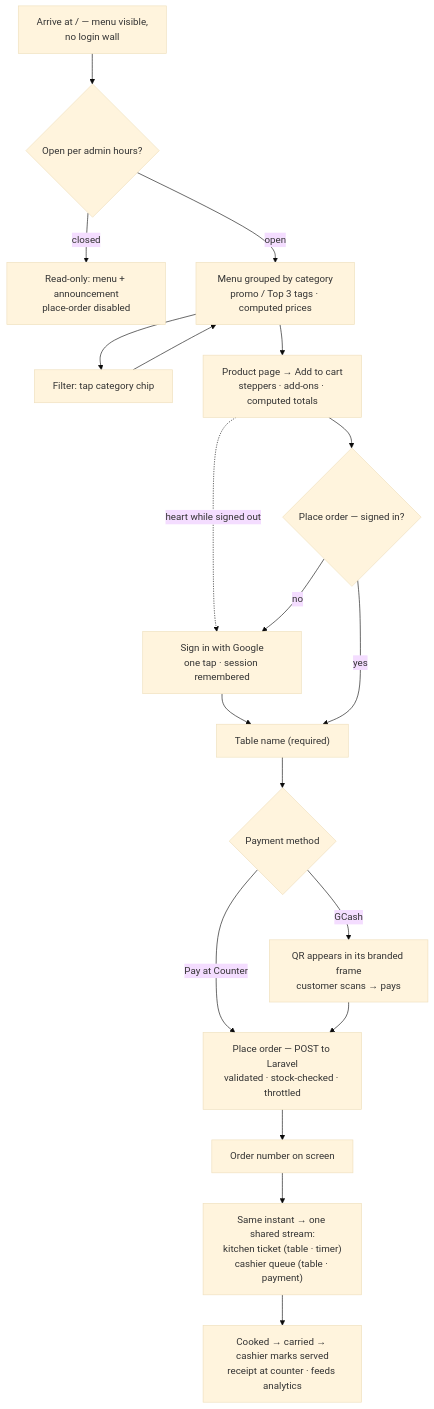
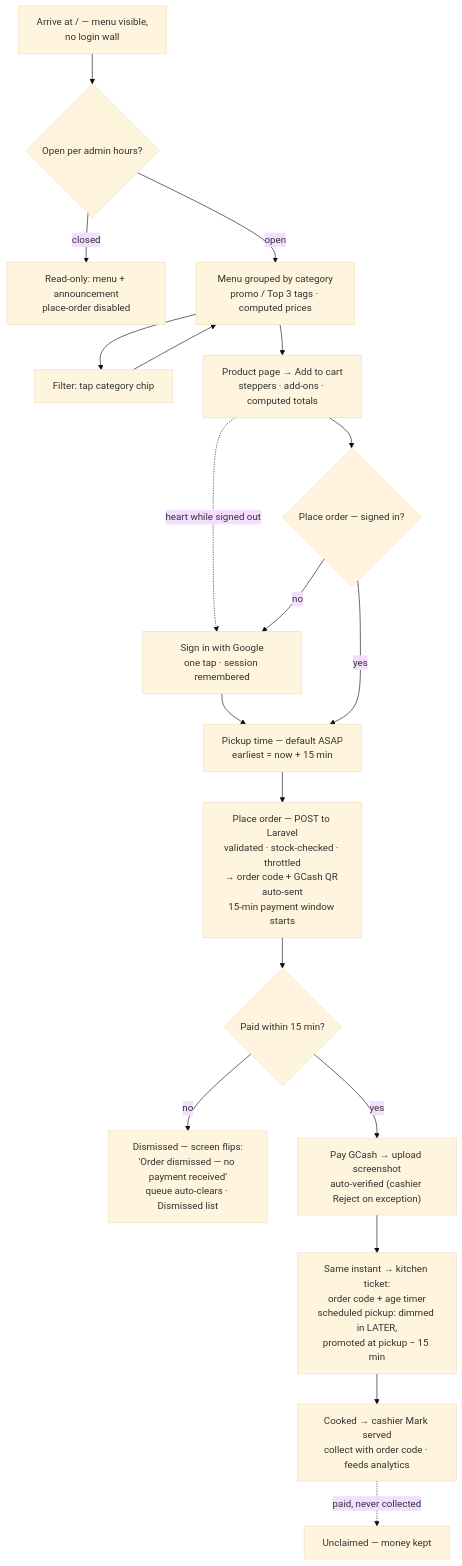
Before and after one commit to S1NXIAN/CRNP: the diagram in docs/flow-charts/customer.md, drawn with Mermaid (base theme). The commit also changed other lines of this file and 3 other files, not shown here.

First line of the commit message:
docs(plan): redesign checkout as pickup GCash flow

````diff
--- a/docs/flow-charts/customer.md
+++ b/docs/flow-charts/customer.md
@@ -5,21 +6,21 @@
 ```mermaid
 flowchart TD
     A["Arrive at / — menu visible,<br/>no login wall"] --> B{"Open per admin hours?"}
     B -->|"closed"| C["Read-only: menu + announcement<br/>place-order disabled"]
     B -->|"open"| D["Menu grouped by category<br/>promo / Top 3 tags · computed prices"]
     D --> E["Filter: tap category chip"]
     E --> D
     D --> F["Product page → Add to cart<br/>steppers · add-ons · computed totals"]
     F -.->|"heart while signed out"| G
     F --> H{"Place order — signed in?"}
     H -->|"no"| G["Sign in with Google<br/>one tap · session remembered"]
-    G --> I["Table name (required)"]
+    G --> I["Pickup time — default ASAP<br/>earliest = now + 15 min"]
     H -->|"yes"| I
-    I --> J{"Payment method"}
-    J -->|"Pay at Counter"| K["Place order — POST to Laravel<br/>validated · stock-checked · throttled"]
-    J -->|"GCash"| L["QR appears in its branded frame<br/>customer scans → pays"]
-    L --> K
-    K --> M["Order number on screen"]
-    M --> N["Same instant → one shared stream:<br/>kitchen ticket (table · timer)<br/>cashier queue (table · payment)"]
-    N --> O["Cooked → carried → cashier marks served<br/>receipt at counter · feeds analytics"]
+    I --> J["Place order — POST to Laravel<br/>validated · stock-checked · throttled<br/>→ order code + GCash QR auto-sent<br/>15-min payment window starts"]
+    J --> K{"Paid within 15 min?"}
+    K -->|"no"| L["Dismissed — screen flips:<br/>'Order dismissed — no payment received'<br/>queue auto-clears · Dismissed list"]
+    K -->|"yes"| M["Pay GCash → upload screenshot<br/>auto-verified (cashier Reject on exception)"]
+    M --> N["Same instant → kitchen ticket:<br/>order code + age timer<br/>scheduled pickup: dimmed in LATER,<br/>promoted at pickup − 15 min"]
+    N --> O["Cooked → cashier Mark served<br/>collect with order code · feeds analytics"]
+    O -.->|"paid, never collected"| P["Unclaimed — money kept"]
 ```
````
